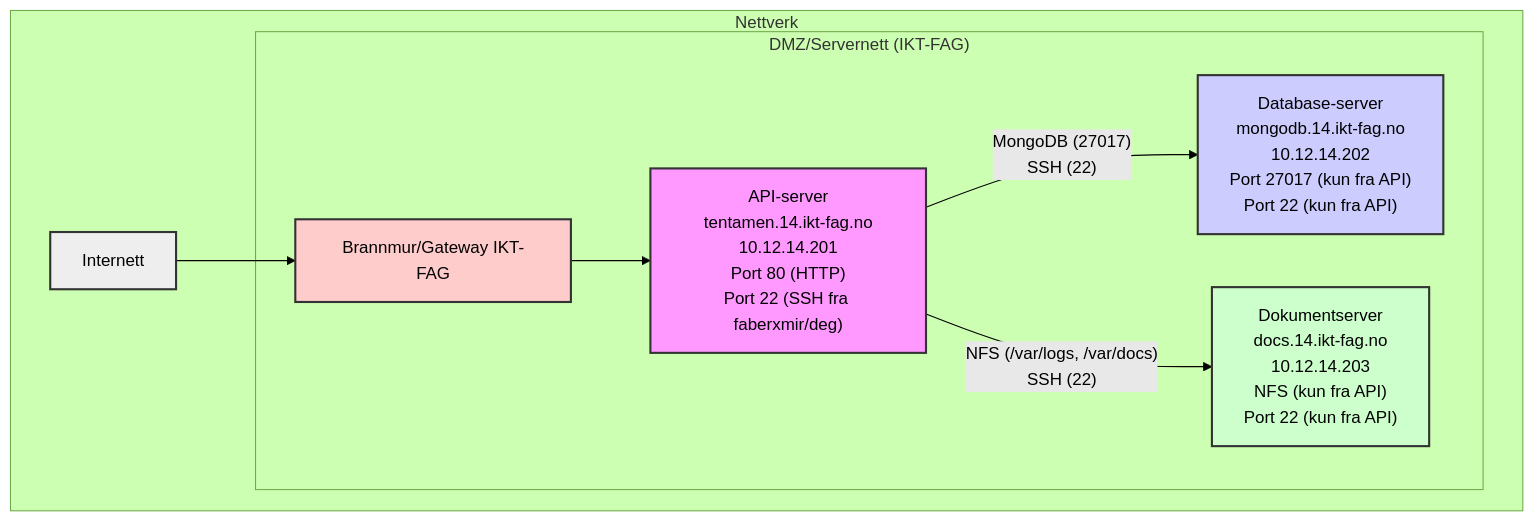
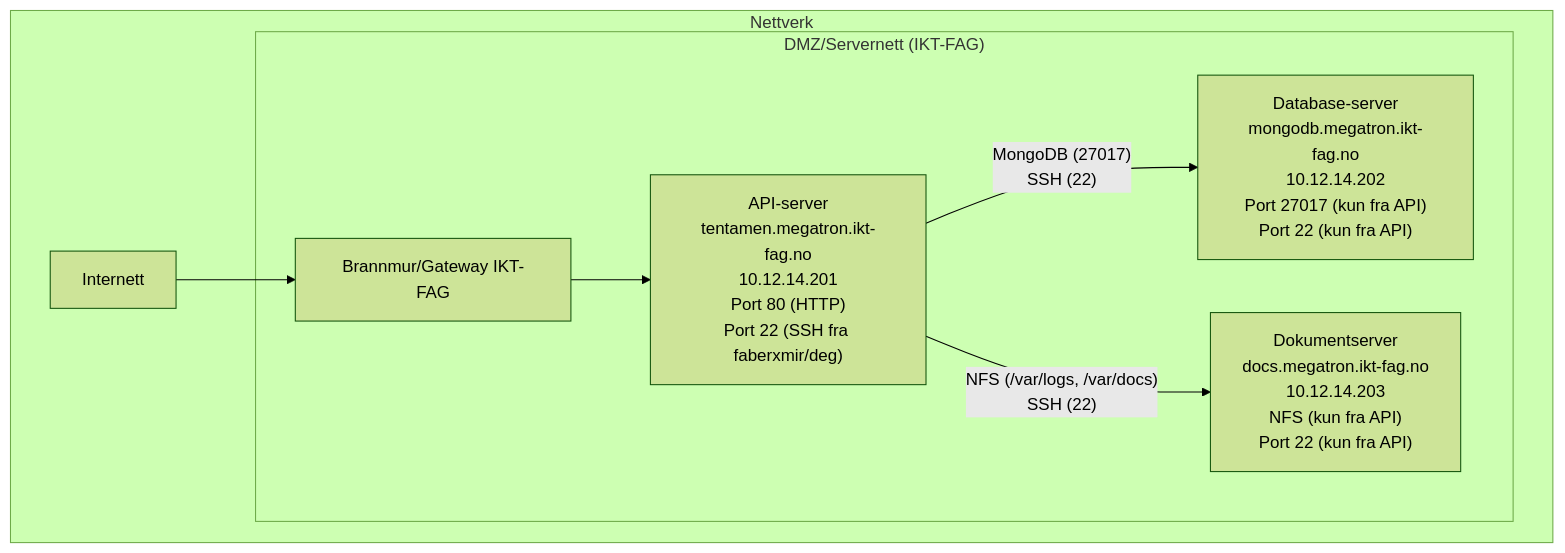
Before and after one commit to simontijanic/Firetimers-oppgave: the first of 2 diagrams in README.md, drawn with Mermaid (forest theme).

Commit message:
brannmur og farge

````diff
--- a/README.md
+++ b/README.md
@@ -38,19 +38,13 @@
 ```mermaid
 graph TD
     subgraph Nettverk
         Internet[Internett] --> GW[Brannmur/Gateway IKT-FAG];
 
         subgraph "DMZ/Servernett (IKT-FAG)"
-            GW --> APIServer["API-server<br>tentamen.14.ikt-fag.no<br>10.12.14.201<br>Port 80 (HTTP)<br>Port 22 (SSH fra faberxmir/deg)"];
+            GW --> APIServer["API-server<br>tentamen.megatron.ikt-fag.no<br>10.12.14.201<br>Port 80 (HTTP)<br>Port 22 (SSH fra faberxmir/deg)"];
 
-            APIServer -- "MongoDB (27017)<br>SSH (22)" --> DBServer["Database-server<br>mongodb.14.ikt-fag.no<br>10.12.14.202<br>Port 27017 (kun fra API)<br>Port 22 (kun fra API)"];
-            APIServer -- "NFS (/var/logs, /var/docs)<br>SSH (22)" --> DocServer["Dokumentserver<br>docs.14.ikt-fag.no<br>10.12.14.203<br>NFS (kun fra API)<br>Port 22 (kun fra API)"];
+            APIServer -- "MongoDB (27017)<br>SSH (22)" --> DBServer["Database-server<br>mongodb.megatron.ikt-fag.no<br>10.12.14.202<br>Port 27017 (kun fra API)<br>Port 22 (kun fra API)"];
+            APIServer -- "NFS (/var/logs, /var/docs)<br>SSH (22)" --> DocServer["Dokumentserver<br>docs.megatron.ikt-fag.no<br>10.12.14.203<br>NFS (kun fra API)<br>Port 22 (kun fra API)"];
         end
     end
-
-    style APIServer fill:#f9f,stroke:#333,stroke-width:2px;
-    style DBServer fill:#ccf,stroke:#333,stroke-width:2px;
-    style DocServer fill:#cfc,stroke:#333,stroke-width:2px;
-    style GW fill:#fcc,stroke:#333,stroke-width:2px;
-    style Internet fill:#eee,stroke:#333,stroke-width:2px;
 ```
````
